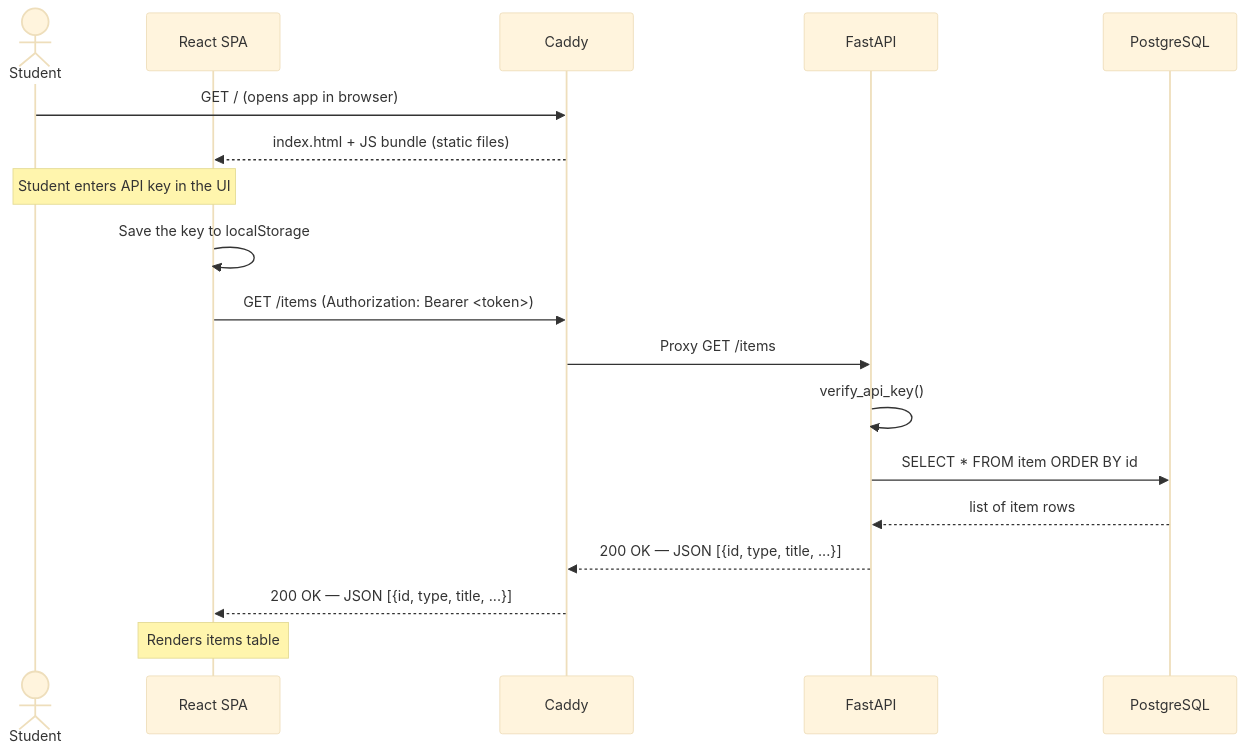
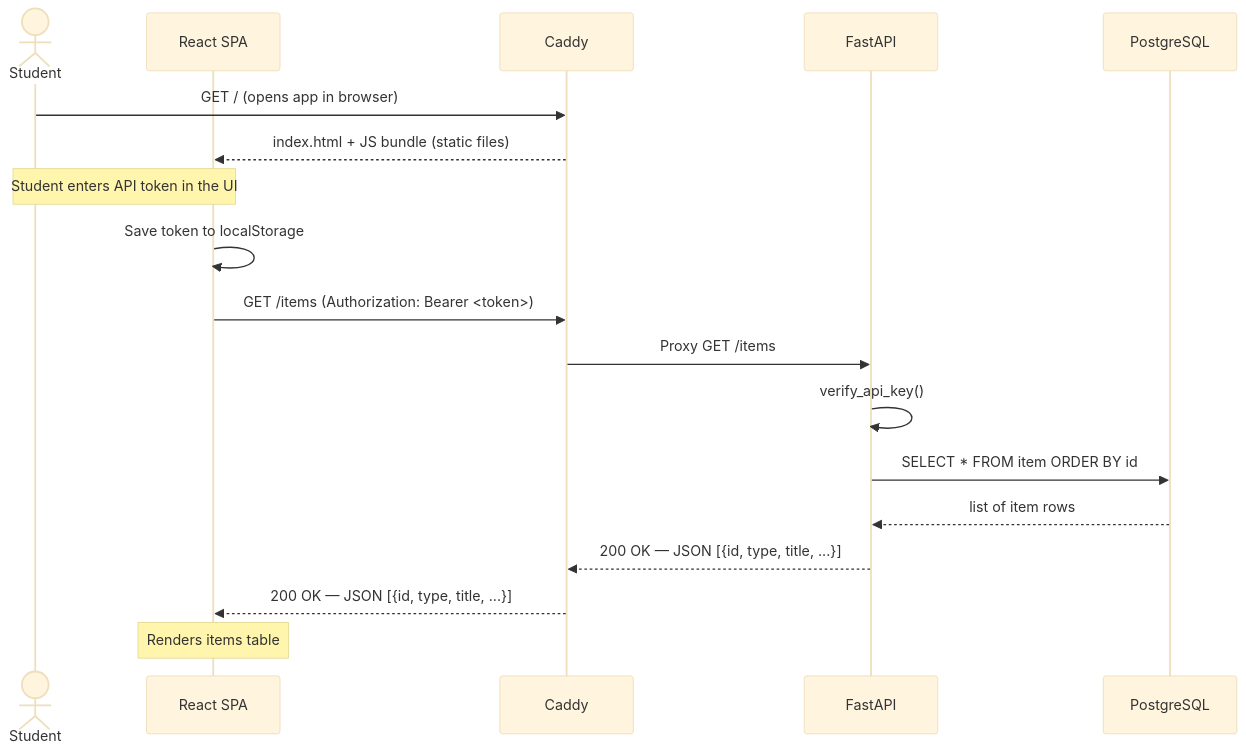
One commit to Achoombers/se-toolkit-lab-4 changed the fifth of 7 diagrams in docs/design/architecture.md. Above: the diagram before and after it, drawn with Mermaid (base theme). The commit also changed other lines of this file and 128 other files, not shown here.

````diff
--- a/docs/design/architecture.md
+++ b/docs/design/architecture.md
@@ -234,21 +234,21 @@
 ```mermaid
 sequenceDiagram
     actor Student
     participant Browser as React SPA
     participant Caddy
     participant API as FastAPI
     participant DB as PostgreSQL
 
     Student->>Caddy: GET / (opens app in browser)
     Caddy-->>Browser: index.html + JS bundle (static files)
-    Note over Student,Browser: Student enters API key in the UI
-    Browser->>Browser: Save the key to localStorage
+    Note over Student,Browser: Student enters API token in the UI
+    Browser->>Browser: Save token to localStorage
     Browser->>Caddy: GET /items (Authorization: Bearer <token>)
     Caddy->>API: Proxy GET /items
     API->>API: verify_api_key()
     API->>DB: SELECT * FROM item ORDER BY id
     DB-->>API: list of item rows
     API-->>Caddy: 200 OK — JSON [{id, type, title, ...}]
     Caddy-->>Browser: 200 OK — JSON [{id, type, title, ...}]
     Note over Browser: Renders items table
 ```
````
